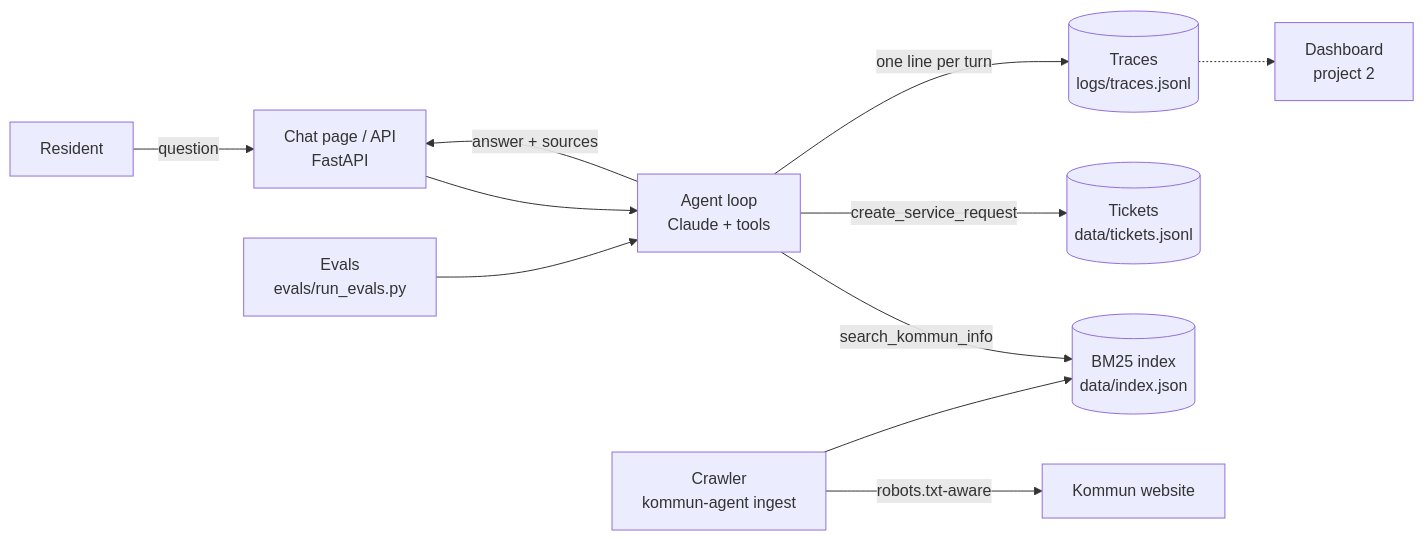
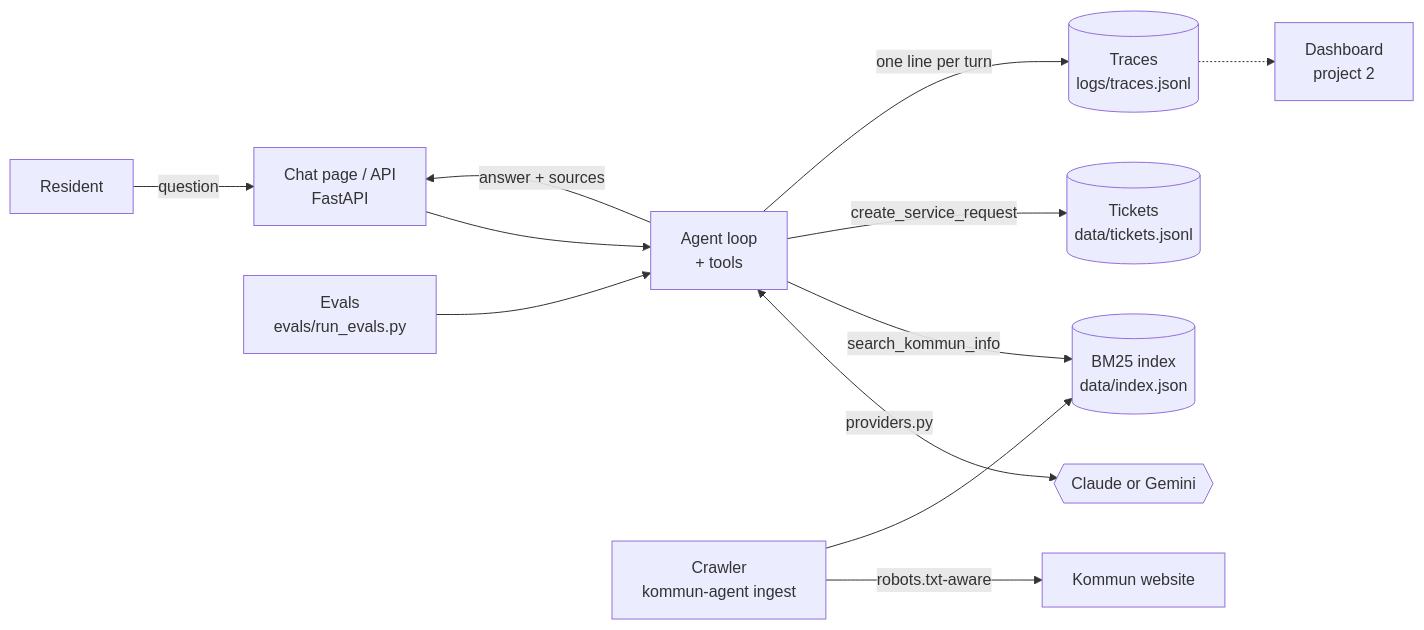
Before and after one commit to nabilasheikh/kommun-agent: the diagram in docs/architecture.md, drawn with Mermaid. The commit also changed other lines of this file and 8 other files, not shown here.

````diff
--- a/docs/architecture.md
+++ b/docs/architecture.md
@@ -3,13 +3,14 @@
 ```mermaid
 flowchart LR
     R[Resident] -->|question| UI[Chat page / API<br>FastAPI]
-    UI --> A[Agent loop<br>Claude + tools]
+    UI --> A[Agent loop<br>+ tools]
+    A <-->|providers.py| M{{Claude or Gemini}}
     A -->|search_kommun_info| S[(BM25 index<br>data/index.json)]
     A -->|create_service_request| T[(Tickets<br>data/tickets.jsonl)]
     A -->|answer + sources| UI
     A -->|one line per turn| L[(Traces<br>logs/traces.jsonl)]
     C[Crawler<br>kommun-agent ingest] -->|robots.txt-aware| W[Kommun website]
     C --> S
     E[Evals<br>evals/run_evals.py] --> A
     L -.-> D[Dashboard<br>project 2]
 ```
````
